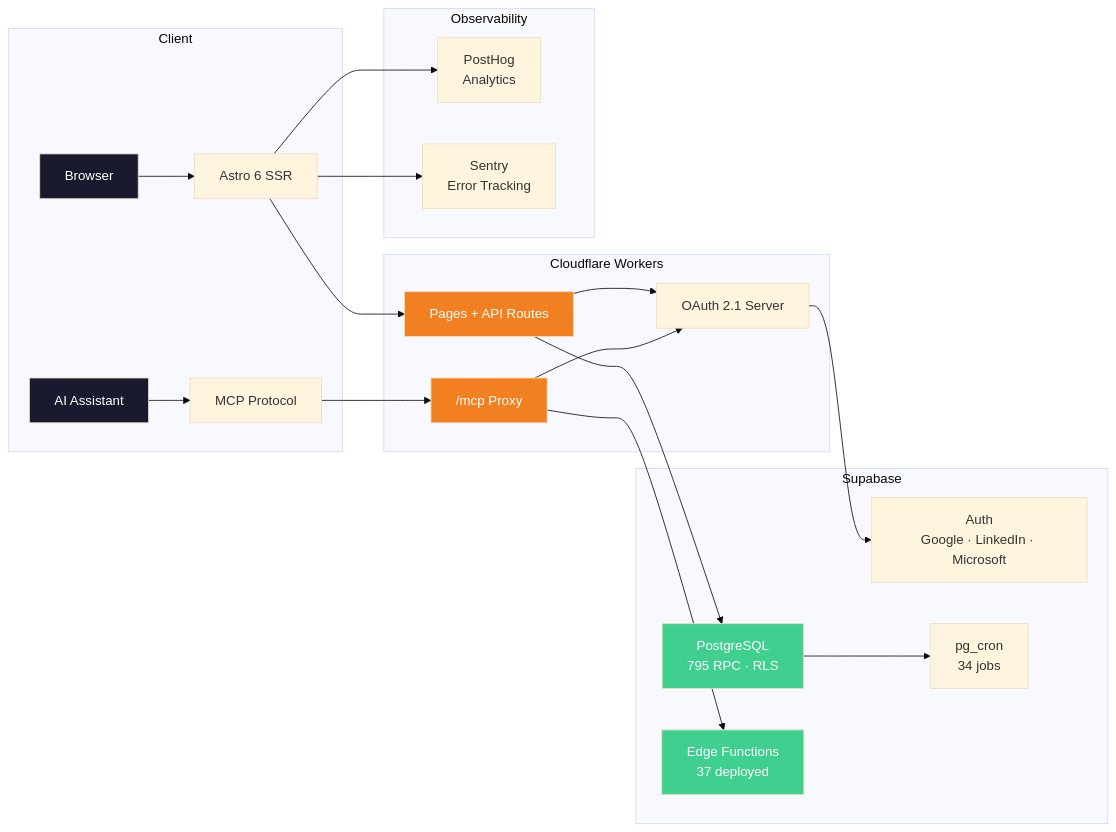
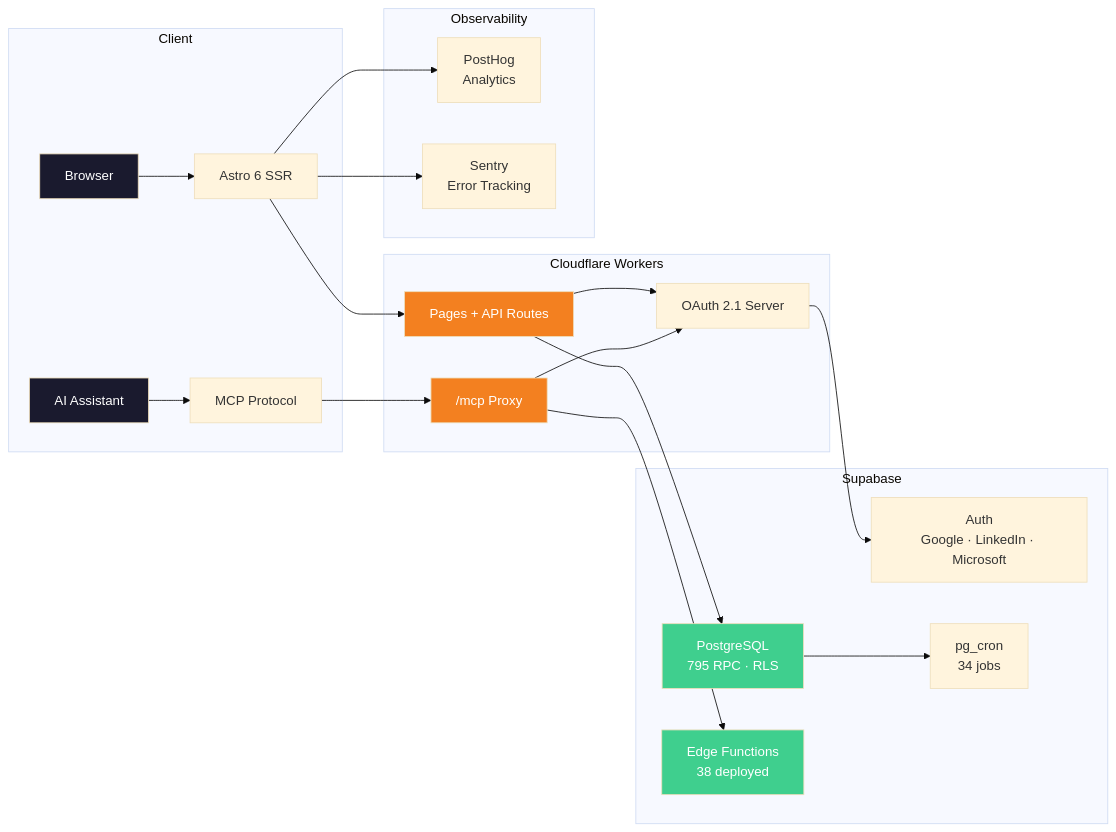
The first of 2 diagrams in README.es.md (VitorMRodovalho/ai-pm-research-hub), drawn with Mermaid (base theme) before and after one commit. The commit also changed other lines of this file and 4 other files, not shown here.

First line of the commit message:
chore(docs): sync metric numbers — MCP 320, Edge Functions 38, i18n 6.2k (#767)

````diff
--- a/README.es.md
+++ b/README.es.md
@@ -67,33 +67,33 @@
 ```mermaid
 graph LR
     subgraph Client
         A[Browser] --> B[Astro 6 SSR]
         C[AI Assistant] --> D[MCP Protocol]
     end
 
     subgraph "Cloudflare Workers"
         B --> E[Pages + API Routes]
         D --> F["/mcp Proxy"]
         E --> G[OAuth 2.1 Server]
         F --> G
     end
 
     subgraph "Supabase"
         G --> H[Auth<br/>Google · LinkedIn · Microsoft]
         E --> I[PostgreSQL<br/>795 RPC · RLS]
-        F --> J[Edge Functions<br/>37 deployed]
+        F --> J[Edge Functions<br/>38 deployed]
         I --> K[pg_cron<br/>34 jobs]
     end
 
     subgraph "Observability"
         B --> L[PostHog<br/>Analytics]
         B --> M[Sentry<br/>Error Tracking]
     end
 
     style A fill:#1a1a2e,color:#fff
     style C fill:#1a1a2e,color:#fff
     style E fill:#F38020,color:#fff
     style F fill:#F38020,color:#fff
     style I fill:#3FCF8E,color:#fff
     style J fill:#3FCF8E,color:#fff
 ```
````
